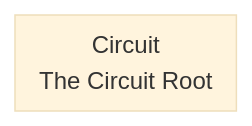
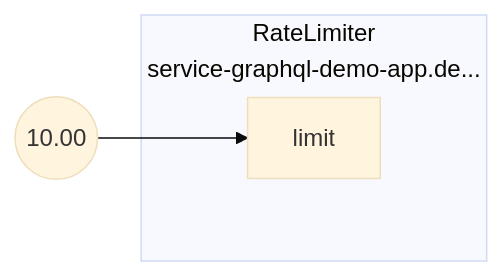
The diagram in docs/content/tutorials/integrations/flow-control/classification/assets/graphql-rate-limiting/graphql-rate-limiting-jwt.mmd (dataongunlaws/aperture), drawn with Mermaid (base theme) before and after one commit. The commit also changed 23 other files, not shown here.

First line of the commit message:
deterministic graph output (#1658)

```diff
--- a/docs/content/tutorials/integrations/flow-control/classification/assets/graphql-rate-limiting/graphql-rate-limiting-jwt.mmd
+++ b/docs/content/tutorials/integrations/flow-control/classification/assets/graphql-rate-limiting/graphql-rate-limiting-jwt.mmd
@@ -1,3 +1,9 @@
 flowchart LR
-subgraph root[<center>Circuit<br/>The Circuit Root</center>]
+subgraph root.0[<center>RateLimiter<br/>service-graphql-demo-app.de...</center>]
+subgraph root.0_inports[ ]
+style root.0_inports fill:none,stroke:none
+root.0limit[limit]
 end
+end
+root.0_limit_FakeConstantout((10.00))
+root.0_limit_FakeConstantout --> root.0limit
```
